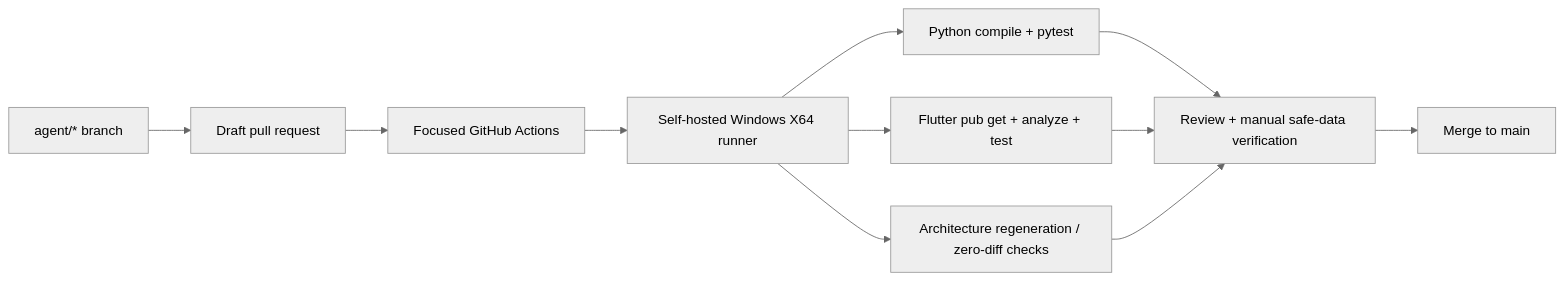
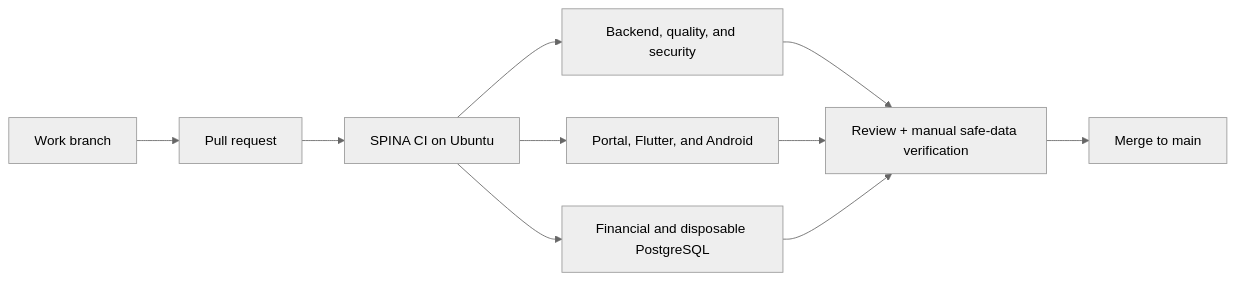
One commit to GILBIC/spina-lending-app changed the sixth of 6 diagrams in docs/architecture/system-map.md. Above: the diagram before and after it, drawn with Mermaid (neutral theme). The commit also changed other lines of this file and 5 other files, not shown here.

````diff
--- a/docs/architecture/system-map.md
+++ b/docs/architecture/system-map.md
@@ -338,13 +346,12 @@
 ```mermaid
 flowchart LR
-    B[agent/* branch] --> PR[Draft pull request]
-    PR --> CHECKS[Focused GitHub Actions]
-    CHECKS --> WIN[Self-hosted Windows X64 runner]
-    WIN --> PY[Python compile + pytest]
-    WIN --> FL[Flutter pub get + analyze + test]
-    WIN --> ARCH[Architecture regeneration / zero-diff checks]
+    B[Work branch] --> PR[Pull request]
+    PR --> CHECKS[SPINA CI on Ubuntu]
+    CHECKS --> PY[Backend, quality, and security]
+    CHECKS --> FL[Portal, Flutter, and Android]
+    CHECKS --> ARCH[Financial and disposable PostgreSQL]
     PY --> REVIEW[Review + manual safe-data verification]
     FL --> REVIEW
     ARCH --> REVIEW
     REVIEW --> MAIN[Merge to main]
 ```
````
